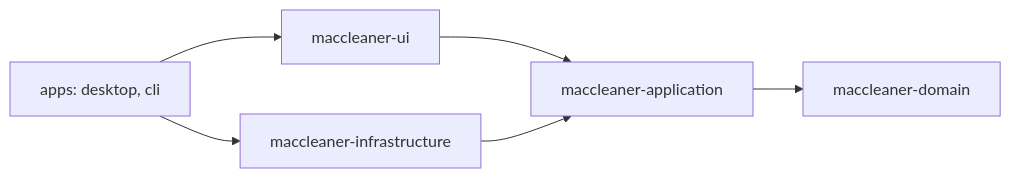
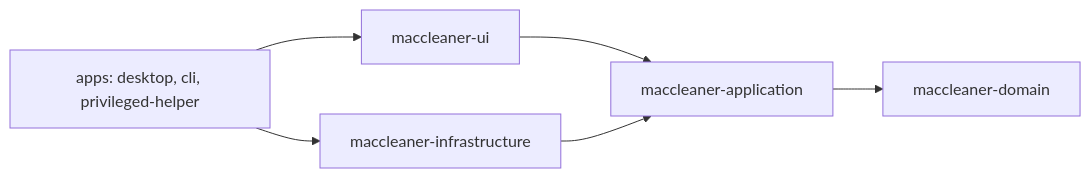
Before and after one commit to renatoasterio/DiskMarshal: the diagram in README.md, drawn with Mermaid. The commit also changed other lines of this file and 34 other files, not shown here.

````diff
--- a/README.md
+++ b/README.md
@@ -129,8 +170,8 @@
 ```mermaid
 flowchart LR
-    apps["apps: desktop, cli"] --> ui["maccleaner-ui"]
+    apps["apps: desktop, cli, privileged-helper"] --> ui["maccleaner-ui"]
     apps --> infra["maccleaner-infrastructure"]
     ui --> application["maccleaner-application"]
     infra --> application
     application --> domain["maccleaner-domain"]
 ```
````
